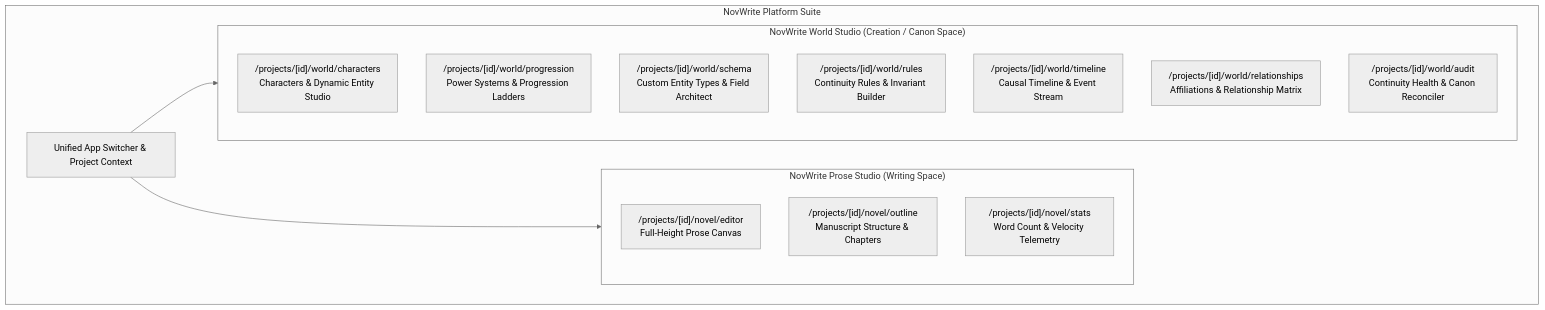
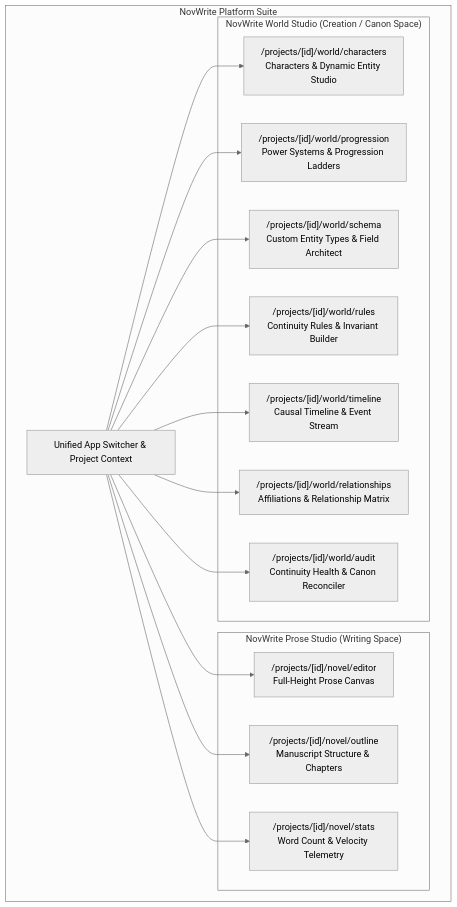
One commit to Yogesh-Kumar-Mallik-dev/NovWrite changed the first of 2 diagrams in docs/FRONTEND_ARCHITECTURE.md. Above: the diagram before and after it, drawn with Mermaid (neutral theme). The commit also changed other lines of this file and 4 other files, not shown here.

Commit message:
fix(docs): resolve mermaid flowchart syntax and subgraph edge parsing errors

````diff
--- a/docs/FRONTEND_ARCHITECTURE.md
+++ b/docs/FRONTEND_ARCHITECTURE.md
@@ -22,25 +22,25 @@
 ```mermaid
 flowchart TB
     subgraph Suite ["NovWrite Platform Suite"]
         AppNav["Unified App Switcher & Project Context"]
 
         subgraph ProseApp ["NovWrite Prose Studio (Writing Space)"]
             P1["/projects/[id]/novel/editor<br/>Full-Height Prose Canvas"]
             P2["/projects/[id]/novel/outline<br/>Manuscript Structure & Chapters"]
             P3["/projects/[id]/novel/stats<br/>Word Count & Velocity Telemetry"]
         end
 
         subgraph WorldApp ["NovWrite World Studio (Creation / Canon Space)"]
             W1["/projects/[id]/world/characters<br/>Characters & Dynamic Entity Studio"]
             W2["/projects/[id]/world/progression<br/>Power Systems & Progression Ladders"]
             W3["/projects/[id]/world/schema<br/>Custom Entity Types & Field Architect"]
             W4["/projects/[id]/world/rules<br/>Continuity Rules & Invariant Builder"]
             W5["/projects/[id]/world/timeline<br/>Causal Timeline & Event Stream"]
             W6["/projects/[id]/world/relationships<br/>Affiliations & Relationship Matrix"]
             W7["/projects/[id]/world/audit<br/>Continuity Health & Canon Reconciler"]
         end
     end
 
-    AppNav --> ProseApp
-    AppNav --> WorldApp
+    AppNav --> P1 & P2 & P3
+    AppNav --> W1 & W2 & W3 & W4 & W5 & W6 & W7
 ```
````
